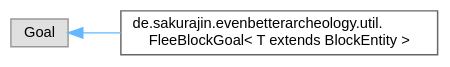
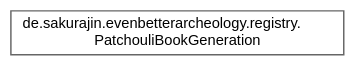
Before and after one commit to noah1510/EvenBetterArcheology: the diagram in inherit_graph_27.dot, drawn with Graphviz. The commit also changed 197 other files, not shown here.

```diff
--- a/inherit_graph_27.dot
+++ b/inherit_graph_27.dot
@@ -1,11 +1,9 @@
 digraph "Graphical Class Hierarchy"
 {
  // LATEX_PDF_SIZE
   bgcolor="transparent";
   edge [fontname=Helvetica,fontsize=10,labelfontname=Helvetica,labelfontsize=10];
   node [fontname=Helvetica,fontsize=10,shape=box,height=0.2,width=0.4];
   rankdir="LR";
-  Node0 [label="Goal",height=0.2,width=0.4,color="grey60", fillcolor="#E0E0E0", style="filled",tooltip=" "];
-  Node0 -> Node1 [dir="back",color="steelblue1",style="solid"];
-  Node1 [label="de.sakurajin.evenbetterarcheology.util.\lFleeBlockGoal\< T extends BlockEntity \>",height=0.2,width=0.4,color="grey40", fillcolor="white", style="filled",URL="$classde_1_1sakurajin_1_1evenbetterarcheology_1_1util_1_1FleeBlockGoal.html",tooltip=" "];
+  Node0 [label="de.sakurajin.evenbetterarcheology.registry.\lPatchouliBookGeneration",height=0.2,width=0.4,color="grey40", fillcolor="white", style="filled",URL="$classde_1_1sakurajin_1_1evenbetterarcheology_1_1registry_1_1PatchouliBookGeneration.html",tooltip=" "];
 }
```
